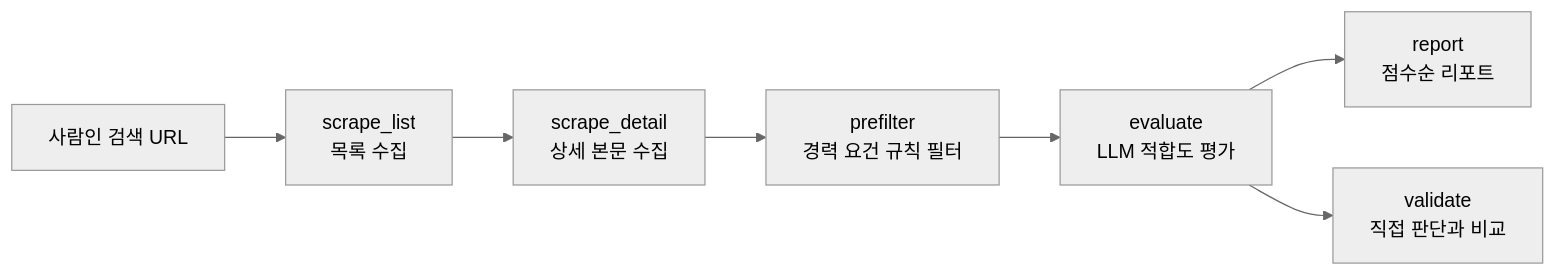
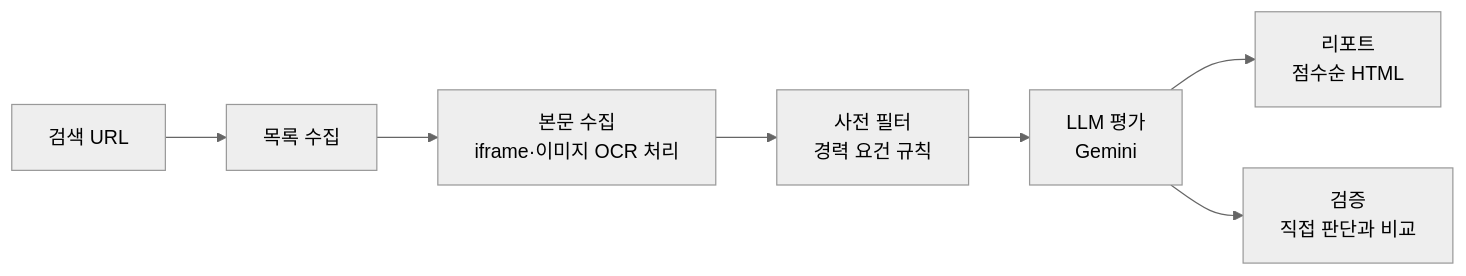
One commit to sung-ju-park/job-fit-scanner changed the diagram in README.md. Above: the diagram before and after it, drawn with Mermaid (neutral theme). The commit also changed other lines of this file and 4 other files, not shown here.

````diff
--- a/README.md
+++ b/README.md
@@ -15,9 +43,9 @@
 ```mermaid
 flowchart LR
-    A[사람인 검색 URL] --> B[scrape_list<br>목록 수집]
-    B --> C[scrape_detail<br>상세 본문 수집]
-    C --> D[prefilter<br>경력 요건 규칙 필터]
-    D --> E[evaluate<br>LLM 적합도 평가]
-    E --> F[report<br>점수순 리포트]
-    E --> G[validate<br>직접 판단과 비교]
+    A[검색 URL] --> B[목록 수집]
+    B --> C[본문 수집<br>iframe·이미지 OCR 처리]
+    C --> D[사전 필터<br>경력 요건 규칙]
+    D --> E[LLM 평가<br>Gemini]
+    E --> F[리포트<br>점수순 HTML]
+    E --> G[검증<br>직접 판단과 비교]
 ```
````
